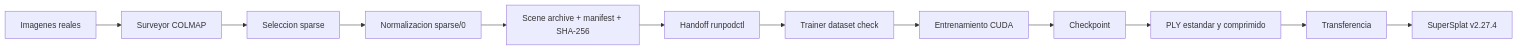
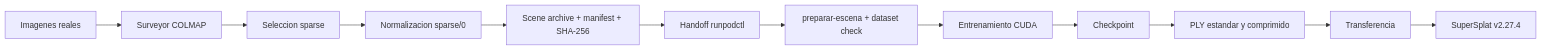
One commit to Marquezmemo/cloud-workstation changed the diagram in docs/releases/v0.1/Cloud-Workstation-v0.1-Functional-Baseline-Freeze-Record.md. Above: the diagram before and after it, drawn with Mermaid. The commit also changed other lines of this file and 14 other files, not shown here.

````diff
--- a/docs/releases/v0.1/Cloud-Workstation-v0.1-Functional-Baseline-Freeze-Record.md
+++ b/docs/releases/v0.1/Cloud-Workstation-v0.1-Functional-Baseline-Freeze-Record.md
@@ -146,14 +159,14 @@
 ```mermaid
 flowchart LR
     A[Imagenes reales] --> B[Surveyor COLMAP]
     B --> C[Seleccion sparse]
     C --> D[Normalizacion sparse/0]
     D --> E[Scene archive + manifest + SHA-256]
     E --> F[Handoff runpodctl]
-    F --> G[Trainer dataset check]
+    F --> G[preparar-escena + dataset check]
     G --> H[Entrenamiento CUDA]
     H --> I[Checkpoint]
     I --> J[PLY estandar y comprimido]
     J --> K[Transferencia]
     K --> L[SuperSplat v2.27.4]
 ```
````
